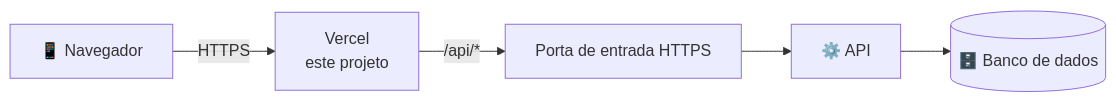
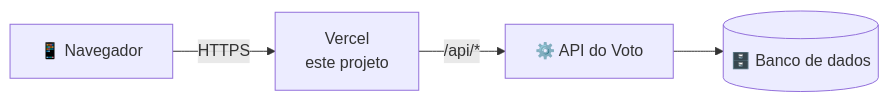
One commit to anndrehjr/questionario-anonimo-front changed the diagram in README.md. Above: the diagram before and after it, drawn with Mermaid. The commit also changed other lines of this file and 5 other files, not shown here.

````diff
--- a/README.md
+++ b/README.md
@@ -107,7 +113,6 @@
 ```mermaid
 flowchart LR
     A[📱 Navegador] -->|HTTPS| V[Vercel<br/>este projeto]
-    V -->|"/api/*"| P[Porta de entrada HTTPS]
-    P --> API[⚙️ API]
+    V -->|"/api/*"| API[⚙️ API do Voto]
     API --> DB[(🗄️ Banco de dados)]
 ```
````
